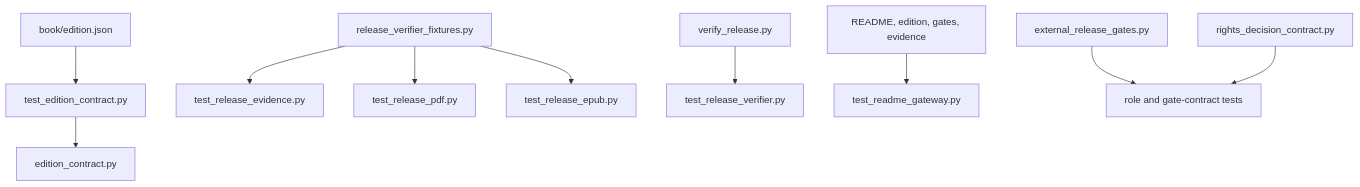
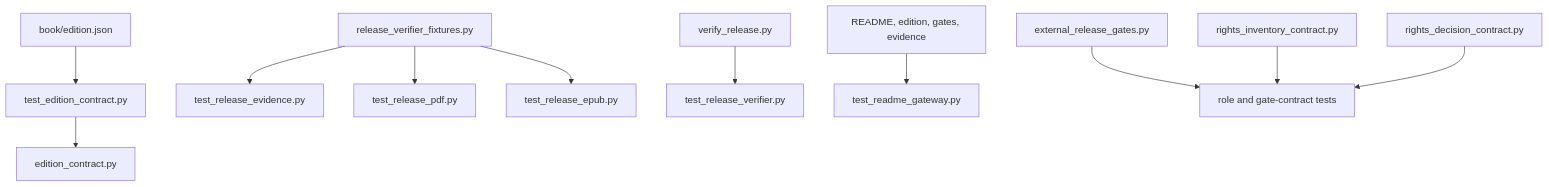
One commit to streamentry/streamentry changed the second of 5 diagrams in tests/AGENTS.md. Above: the diagram before and after it, drawn with Mermaid. The commit also changed other lines of this file and 12 other files, not shown here.

Commit message:
Bind rights inventory to release artifacts

````diff
--- a/tests/AGENTS.md
+++ b/tests/AGENTS.md
@@ -52,12 +53,13 @@
 ```mermaid
 flowchart TB
   C["book/edition.json"] --> D["test_edition_contract.py"]
   D --> L["edition_contract.py"]
   X["release_verifier_fixtures.py"] --> E["test_release_evidence.py"]
   X --> P["test_release_pdf.py"]
   X --> U["test_release_epub.py"]
   V["verify_release.py"] --> I["test_release_verifier.py"]
   W["README, edition, gates, evidence"] --> J["test_readme_gateway.py"]
   G["external_release_gates.py"] --> Q["role and gate-contract tests"]
+  RI["rights_inventory_contract.py"] --> Q
   R["rights_decision_contract.py"] --> Q
 ```
````
